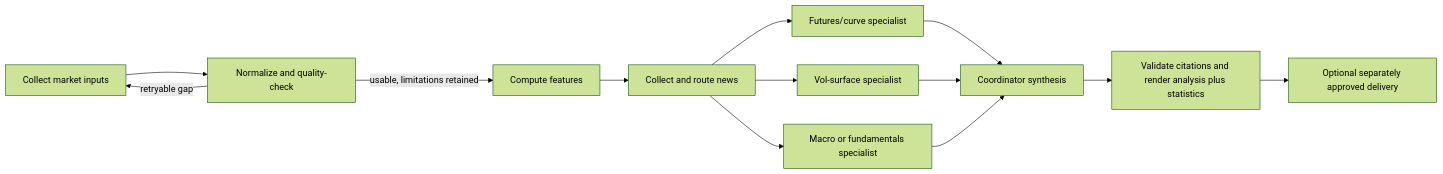
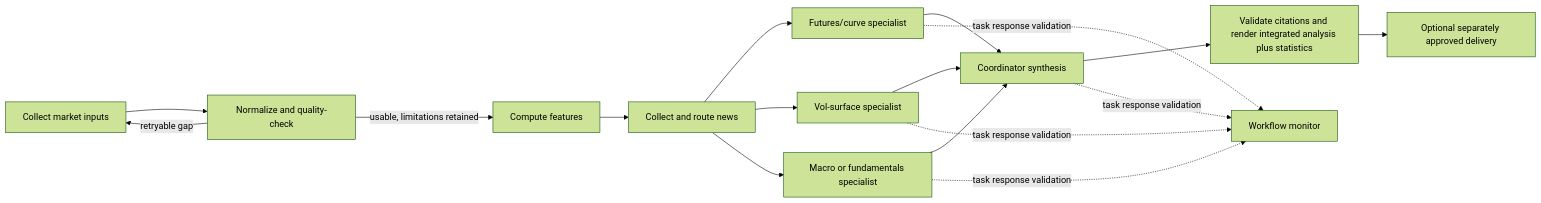
The diagram in docs/ANALYSIS_WORKFLOW.md (fangxuyi/curvelens-core), drawn with Mermaid (forest theme) before and after one commit. The commit also changed other lines of this file and 13 other files, not shown here.

Commit message:
Add workflow observability and integrated market reports

````diff
--- a/docs/ANALYSIS_WORKFLOW.md
+++ b/docs/ANALYSIS_WORKFLOW.md
@@ -12,15 +12,19 @@
 ```mermaid
 flowchart LR
   A[Collect market inputs] --> B[Normalize and quality-check]
   B -->|retryable gap| A
   B -->|usable, limitations retained| C[Compute features]
   C --> D[Collect and route news]
   D --> E1[Futures/curve specialist]
   D --> E2[Vol-surface specialist]
   D --> E3[Macro or fundamentals specialist]
   E1 --> F[Coordinator synthesis]
   E2 --> F
   E3 --> F
-  F --> G[Validate citations and render analysis plus statistics]
+  F --> G[Validate citations and render integrated analysis plus statistics]
+  E1 -. task response validation .-> M[Workflow monitor]
+  E2 -. task response validation .-> M
+  E3 -. task response validation .-> M
+  F -. task response validation .-> M
   G --> H[Optional separately approved delivery]
 ```
````
